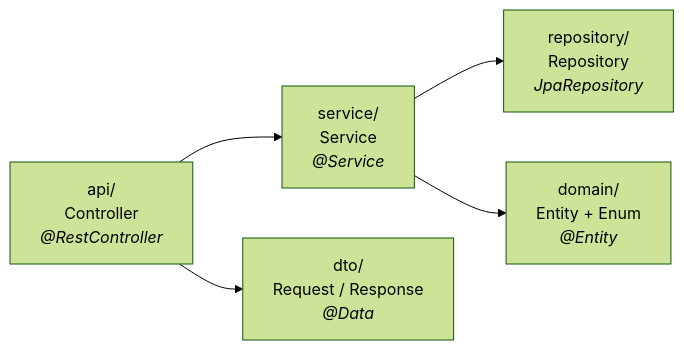
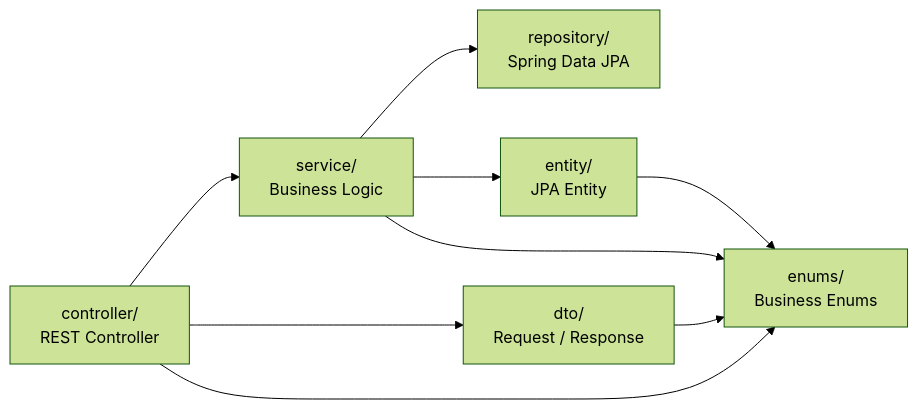
The second of 7 diagrams in Documentation/02-System-Architecture/02-Backend-Architecture-and-API-Specification.md (Tri-Viet-Tutor/triviettutor), drawn with Mermaid (forest theme) before and after one commit. The commit also changed other lines of this file and 2 other files, not shown here.

Commit message:
docs(backend): align architecture guides with layered packages and shared enums

````diff
--- a/Documentation/02-System-Architecture/02-Backend-Architecture-and-API-Specification.md
+++ b/Documentation/02-System-Architecture/02-Backend-Architecture-and-API-Specification.md
@@ -81,7 +81,11 @@
 ```mermaid
 graph LR
-    A["api/<br/>Controller<br/><i>@RestController</i>"] --> B["service/<br/>Service<br/><i>@Service</i>"]
-    B --> C["repository/<br/>Repository<br/><i>JpaRepository</i>"]
-    B --> D["domain/<br/>Entity + Enum<br/><i>@Entity</i>"]
-    A --> E["dto/<br/>Request / Response<br/><i>@Data</i>"]
+    A["controller/<br/>REST Controller"] --> B["service/<br/>Business Logic"]
+    B --> C["repository/<br/>Spring Data JPA"]
+    B --> D["entity/<br/>JPA Entity"]
+    A --> E["dto/<br/>Request / Response"]
+    A --> F["enums/<br/>Business Enums"]
+    B --> F
+    D --> F
+    E --> F
 ```
````
